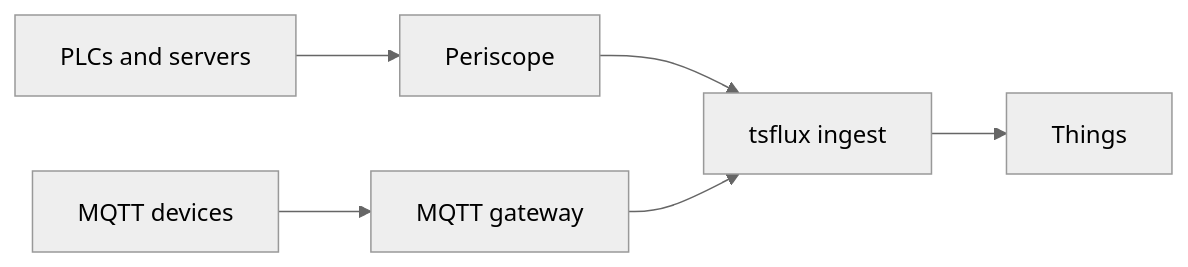
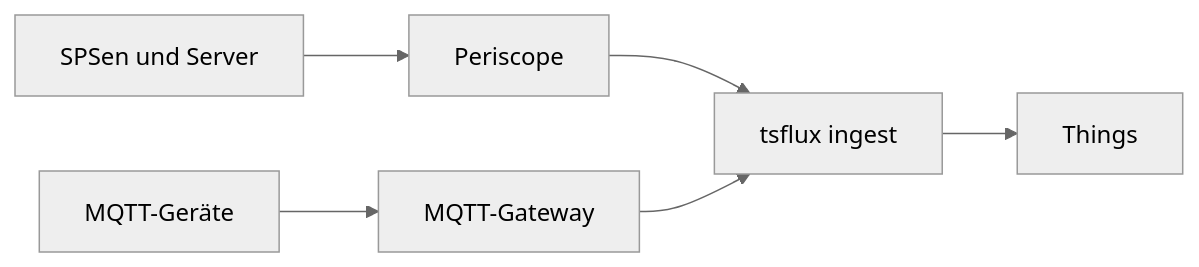
Before and after one commit to nimbit-platform/nimbit-docs: the diagram in i18n/de/docusaurus-plugin-content-docs/current/gateways/index.mdx, drawn with Mermaid (neutral theme). The commit also changed other lines of this file and 135 other files, not shown here.

````diff
--- a/i18n/de/docusaurus-plugin-content-docs/current/gateways/index.mdx
+++ b/i18n/de/docusaurus-plugin-content-docs/current/gateways/index.mdx
@@ -13,8 +13,8 @@
 ```mermaid
 flowchart LR
-  P[PLCs and servers] --> A[Periscope]
-  D[MQTT devices] --> G[MQTT gateway]
+  P[SPSen und Server] --> A[Periscope]
+  D[MQTT-Geräte] --> G[MQTT-Gateway]
   A --> I[tsflux ingest]
   G --> I
   I --> T[Things]
 ```
````
